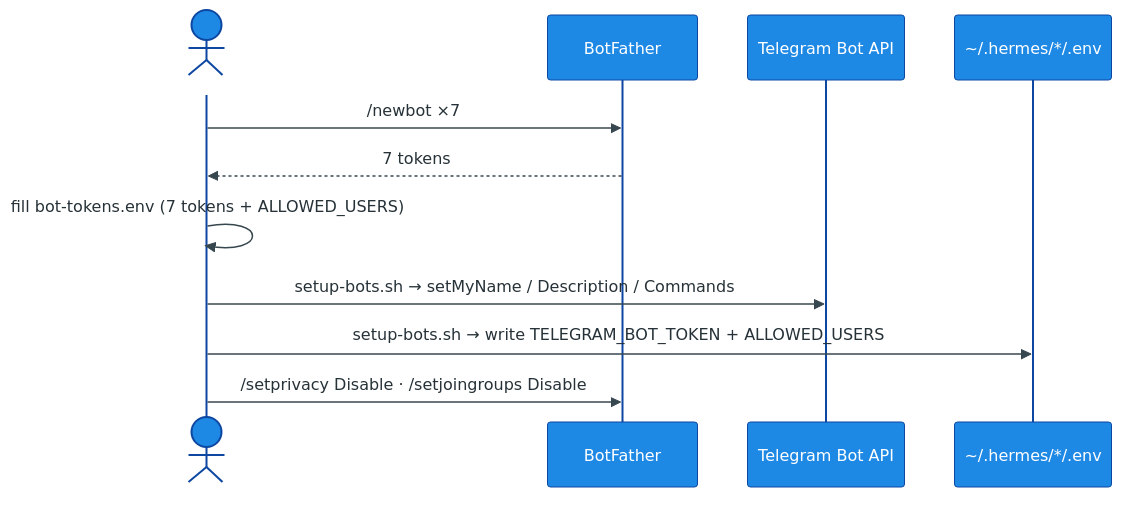
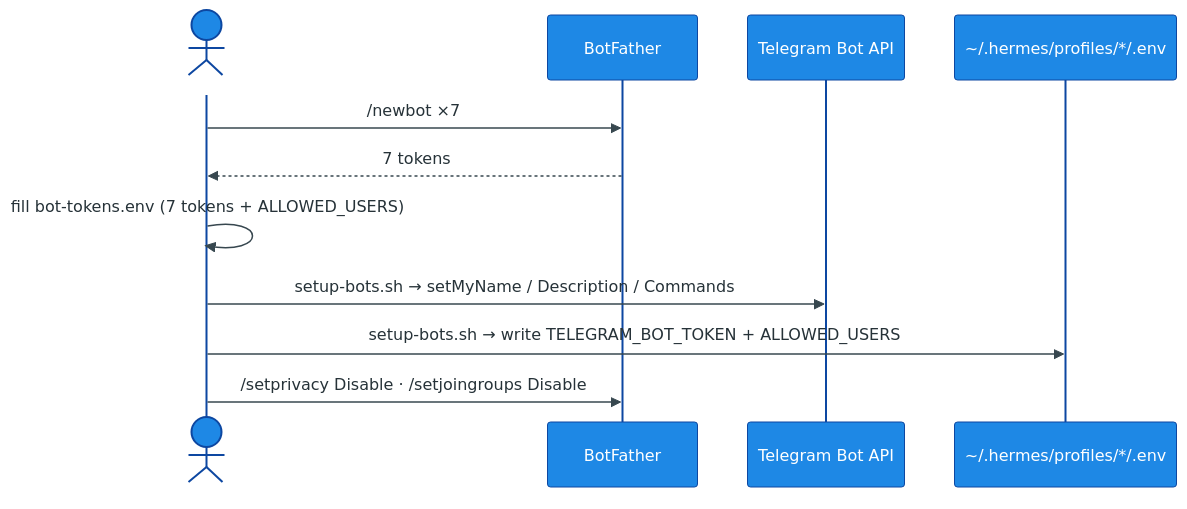
The diagram in docs/03-telegram-bots.md (mpolatcan/hermes-setup), drawn with Mermaid before and after one commit. The commit also changed other lines of this file and 13 other files, not shown here.

````diff
--- a/docs/03-telegram-bots.md
+++ b/docs/03-telegram-bots.md
@@ -7,14 +7,14 @@
 ```mermaid
 %%{init: {'theme':'base','themeVariables':{'actorBkg':'#1E88E5','actorBorder':'#0D47A1','actorTextColor':'#ffffff','signalColor':'#37474F','signalTextColor':'#263238','noteBkgColor':'#FFF3E0','noteBorderColor':'#FFB74D','noteTextColor':'#E65100','sequenceNumberColor':'#ffffff'}}}%%
 sequenceDiagram
     actor You
     participant BF as BotFather
     participant API as Telegram Bot API
-    participant ENV as ~/.hermes/*/.env
+    participant ENV as ~/.hermes/profiles/*/.env
     You->>BF: /newbot ×7
     BF-->>You: 7 tokens
     You->>You: fill bot-tokens.env (7 tokens + ALLOWED_USERS)
     You->>API: setup-bots.sh → setMyName / Description / Commands
     You->>ENV: setup-bots.sh → write TELEGRAM_BOT_TOKEN + ALLOWED_USERS
     You->>BF: /setprivacy Disable · /setjoingroups Disable
 ```
````
